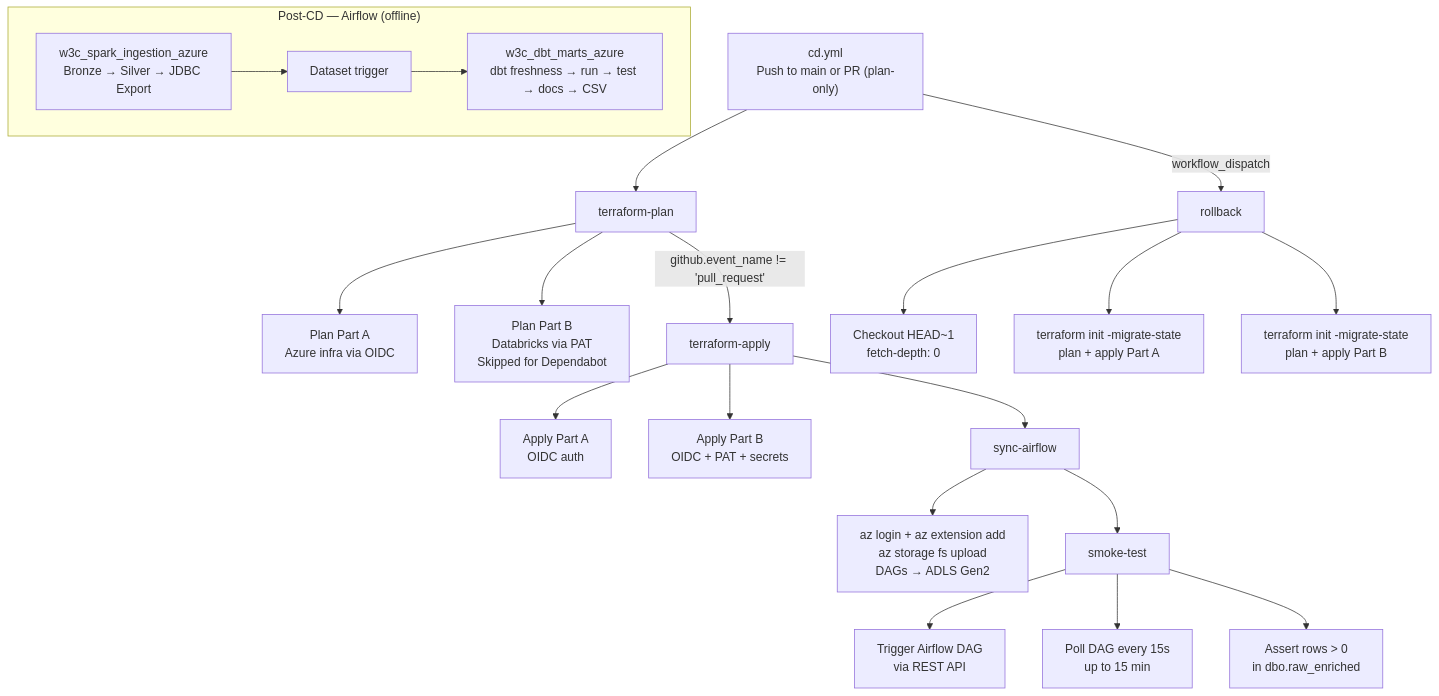
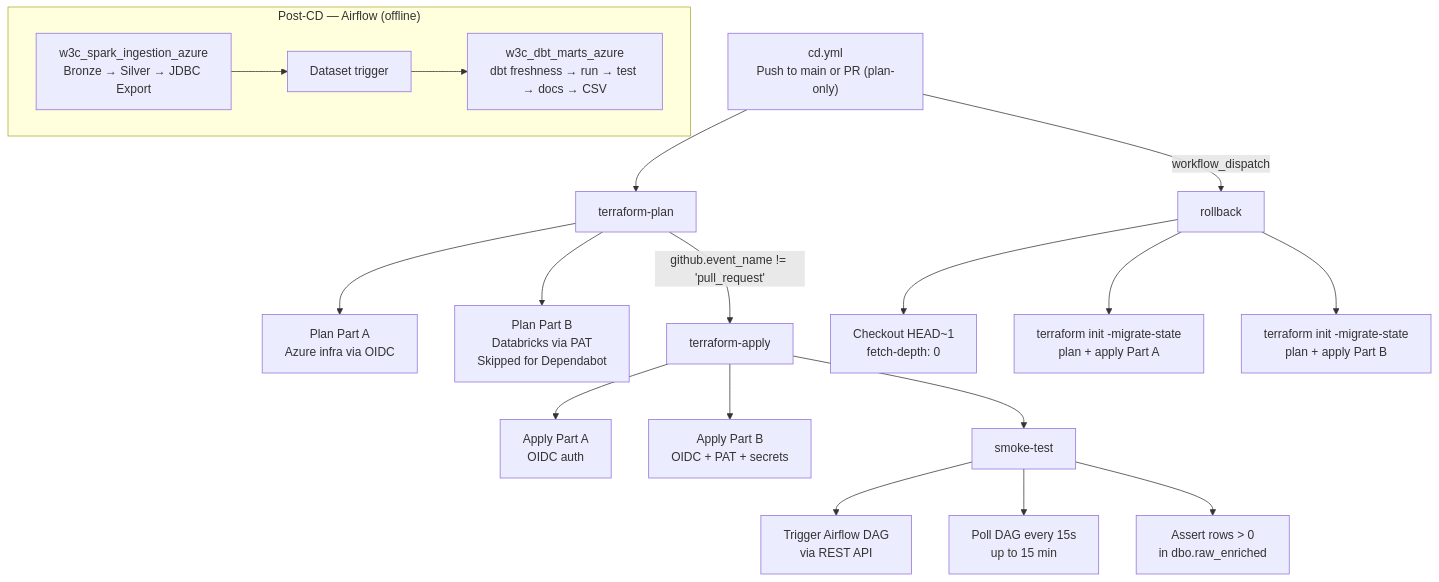
The second of 3 diagrams in plans/ci-cd-reference.md (AhmedIkram05/w3c-etl-pipeline), drawn with Mermaid before and after one commit. The commit also changed other lines of this file and 3 other files, not shown here.

First line of the commit message:
Remove sync-airflow from CD pipeline (403 failures — SP can't self-bootstrap blob role)

````diff
--- a/plans/ci-cd-reference.md
+++ b/plans/ci-cd-reference.md
@@ -180,32 +180,29 @@
 ```mermaid
 flowchart TD
     cd["cd.yml<br/>Push to main or PR (plan-only)"]
     cd --> tplan["terraform-plan"]
     tplan --> pa["Plan Part A<br/>Azure infra via OIDC"]
     tplan --> pb["Plan Part B<br/>Databricks via PAT<br/>Skipped for Dependabot"]
 
     tplan -->|"github.event_name != 'pull_request'"| tapply["terraform-apply"]
     tapply --> aa["Apply Part A<br/>OIDC auth"]
     tapply --> ab["Apply Part B<br/>OIDC + PAT + secrets"]
 
-    tapply --> sync["sync-airflow"]
-    sync --> adls["az login + az extension add<br/>az storage fs upload<br/>DAGs → ADLS Gen2"]
-
-    sync --> smoke["smoke-test"]
+    tapply --> smoke["smoke-test"]
     smoke --> trigger["Trigger Airflow DAG<br/>via REST API"]
     smoke --> poll["Poll DAG every 15s<br/>up to 15 min"]
     smoke --> assert["Assert rows > 0<br/>in dbo.raw_enriched"]
 
     cd -->|"workflow_dispatch"| rollback["rollback"]
     rollback --> co["Checkout HEAD~1<br/>fetch-depth: 0"]
     rollback --> rpa["terraform init -migrate-state<br/>plan + apply Part A"]
     rollback --> rpb["terraform init -migrate-state<br/>plan + apply Part B"]
 
     subgraph airflow["Post-CD — Airflow (offline)"]
         direction LR
         ingestion["w3c_spark_ingestion_azure<br/>Bronze → Silver → JDBC Export"]
         dataset["Dataset trigger"]
         dbt["w3c_dbt_marts_azure<br/>dbt freshness → run → test → docs → CSV"]
         ingestion --> dataset --> dbt
     end
 ```
````
